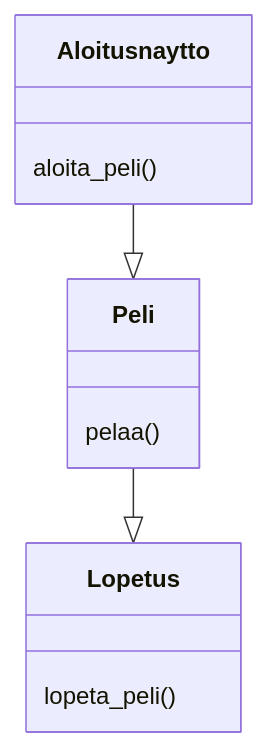
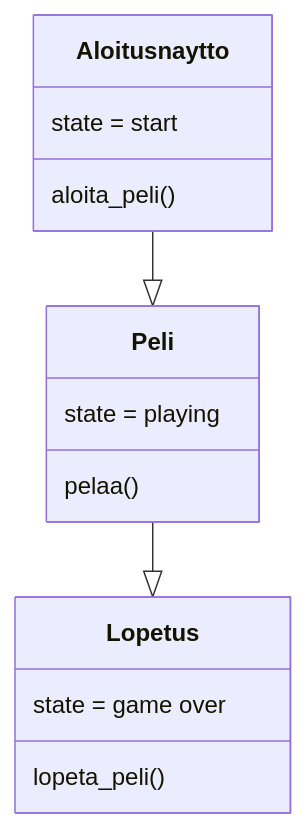
One commit to tuovinenemma/ot-harjoitustyo1 changed the first of 3 diagrams in dokumentaatio/arkkitehtuuri.md. Above: the diagram before and after it, drawn with Mermaid. The commit also changed other lines of this file, not shown here.

````diff
--- a/dokumentaatio/arkkitehtuuri.md
+++ b/dokumentaatio/arkkitehtuuri.md
@@ -9,17 +14,20 @@
 ```mermaid
 classDiagram
   Aloitusnaytto--|>Peli
   Peli--|>Lopetus
   
   class Aloitusnaytto{
     aloita_peli()
+    state = start
     
    }
   class Peli{
     pelaa()
+    state = playing
   }
   
   class Lopetus{
     lopeta_peli()
+    state = game over
   }
 ```
````
